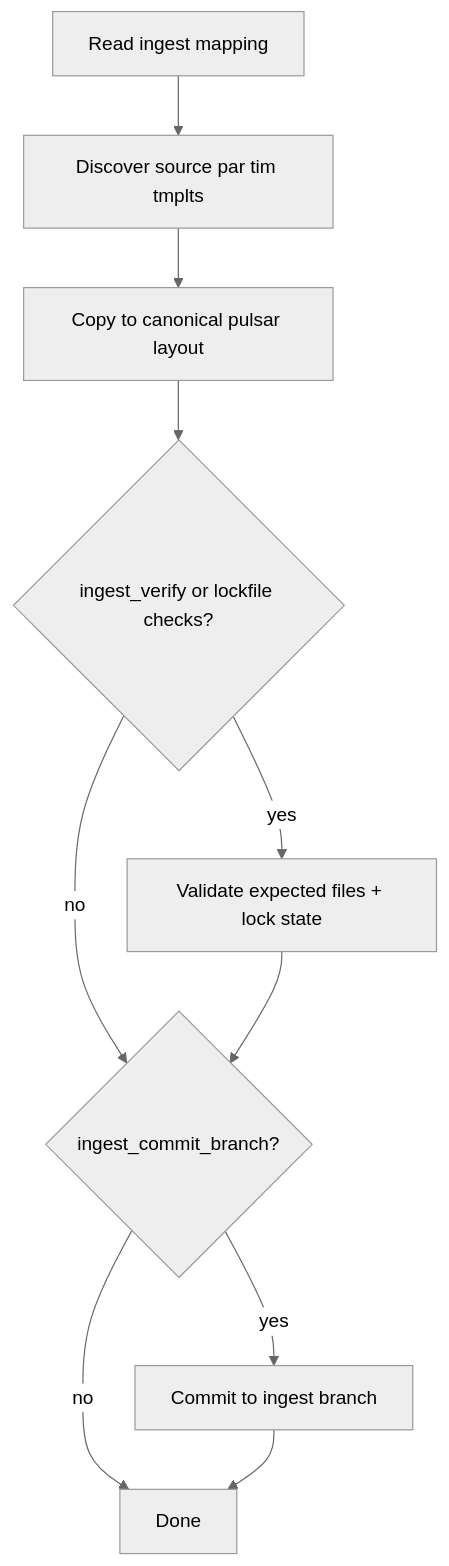
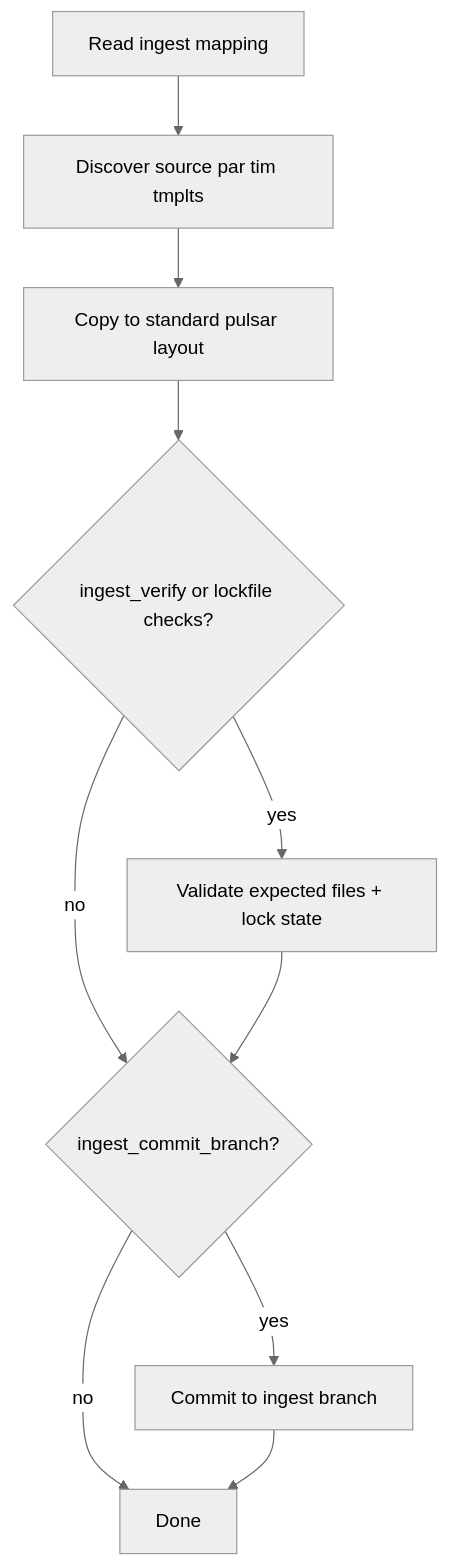
Before and after one commit to golamshaifullah/pleb: the second of 8 diagrams in docs/flow_diagrams_mermaid.md, drawn with Mermaid (neutral theme). The commit also changed other lines of this file and 20 other files, not shown here.

````diff
--- a/docs/flow_diagrams_mermaid.md
+++ b/docs/flow_diagrams_mermaid.md
@@ -25,12 +25,12 @@
 ```mermaid
 flowchart TD
     A[Read ingest mapping] --> B[Discover source par tim tmplts]
-    B --> C[Copy to canonical pulsar layout]
+    B --> C[Copy to standard pulsar layout]
     C --> D{ingest_verify or lockfile checks?}
     D -->|yes| E[Validate expected files + lock state]
     D -->|no| F
     E --> F{ingest_commit_branch?}
     F -->|yes| G[Commit to ingest branch]
     F -->|no| H[Done]
     G --> H[Done]
 ```
````
